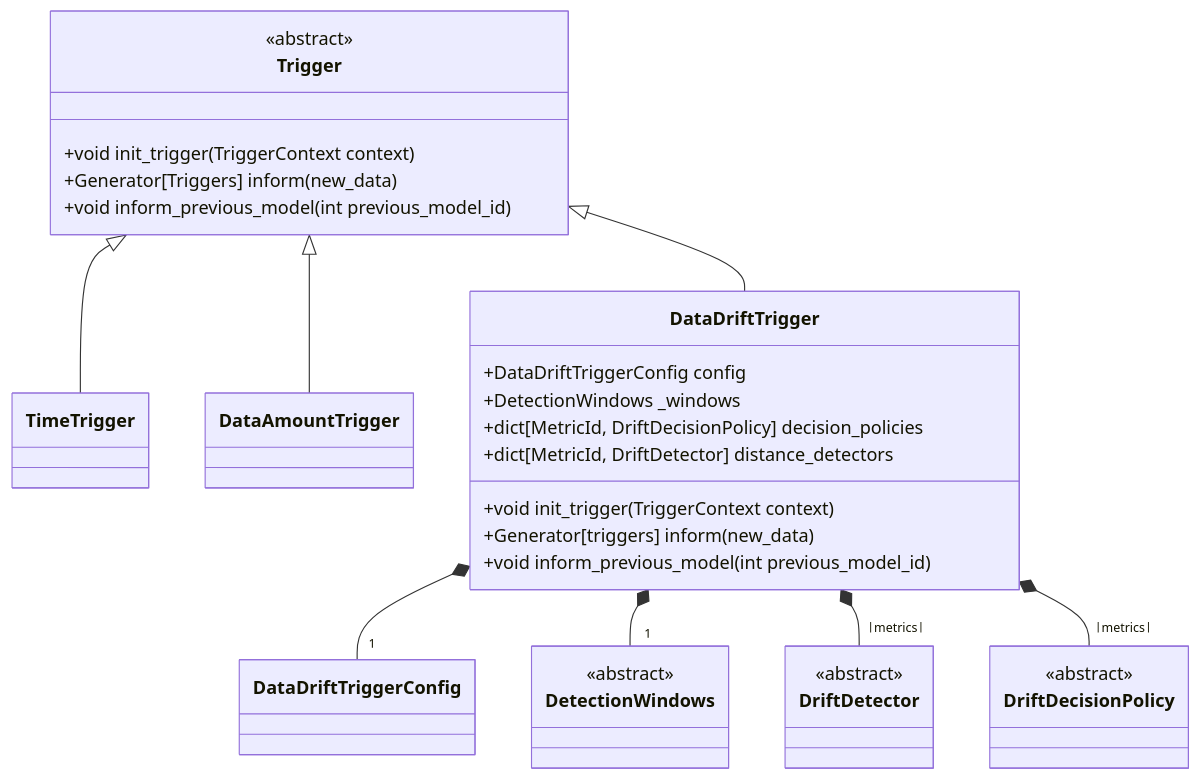
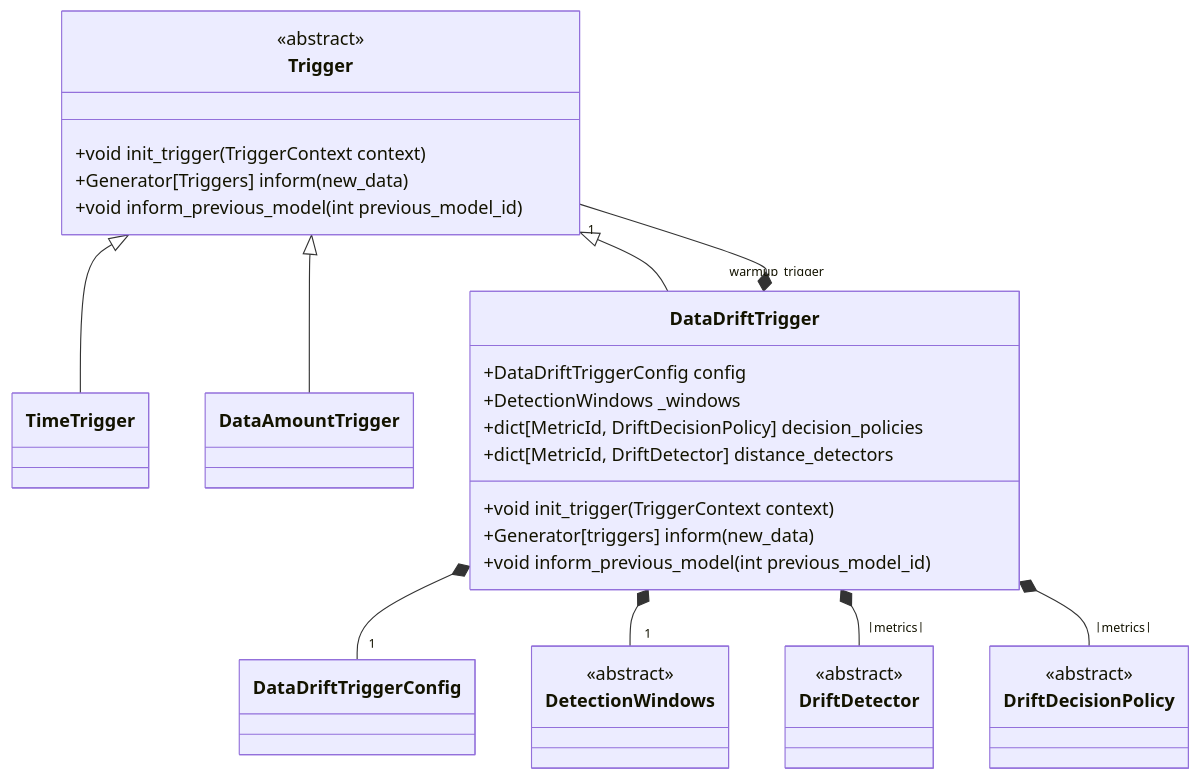
One commit to eth-easl/modyn changed the first of 5 diagrams in docs/pipeline/triggering/DRIFT_TRIGGERS.md. Above: the diagram before and after it, drawn with Mermaid. The commit also changed other lines of this file and 8 other files, not shown here.

````diff
--- a/docs/pipeline/triggering/DRIFT_TRIGGERS.md
+++ b/docs/pipeline/triggering/DRIFT_TRIGGERS.md
@@ -11,49 +11,50 @@
 ```mermaid
 classDiagram
     class DetectionWindows {
         <<abstract>>
     }
 
     class DriftDetector
 
     class Trigger {
         <<abstract>>
         +void init_trigger(TriggerContext context)
         +Generator[Triggers] inform(new_data)
         +void inform_previous_model(int previous_model_id)
     }
 
     class TimeTrigger {
     }
 
     class DataAmountTrigger {
     }
 
     class DriftDetector {
         <<abstract>>
     }
 
     class DataDriftTrigger {
         +DataDriftTriggerConfig config
         +DetectionWindows _windows
         +dict[MetricId, DriftDecisionPolicy] decision_policies
         +dict[MetricId, DriftDetector] distance_detectors
 
         +void init_trigger(TriggerContext context)
         +Generator[triggers] inform(new_data)
         +void inform_previous_model(int previous_model_id)
     }
 
     class DriftDecisionPolicy {
         <<abstract>>
     }
 
+    DataDriftTrigger "warmup_trigger" *-- "1" Trigger
     DataDriftTrigger *-- "1" DataDriftTriggerConfig
     DataDriftTrigger *-- "1" DetectionWindows
     DataDriftTrigger *-- "|metrics|" DriftDetector
     DataDriftTrigger *-- "|metrics|" DriftDecisionPolicy
 
     Trigger <|-- DataDriftTrigger
     Trigger <|-- TimeTrigger
     Trigger <|-- DataAmountTrigger
 ```
````
